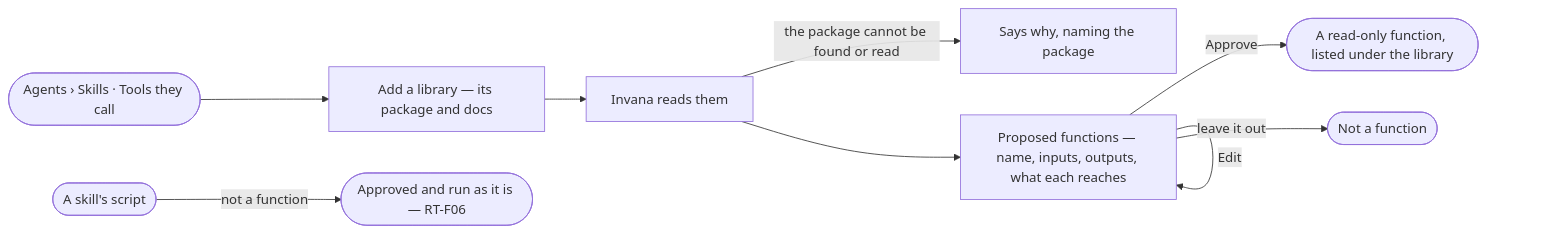
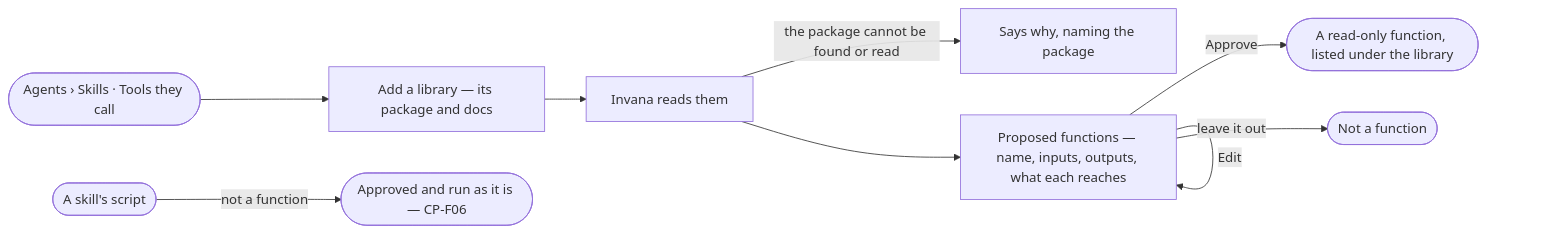
One commit to invana/invana changed the diagram in specs/capabilities/agents/features/AG-F08-portable-agents-and-skills/stories/AG-40-turn-a-library-into-functions-an-admin-approves/story.md. Above: the diagram before and after it, drawn with Mermaid. The commit also changed other lines of this file and 522 other files, not shown here.

````diff
--- a/specs/capabilities/agents/features/AG-F08-portable-agents-and-skills/stories/AG-40-turn-a-library-into-functions-an-admin-approves/story.md
+++ b/specs/capabilities/agents/features/AG-F08-portable-agents-and-skills/stories/AG-40-turn-a-library-into-functions-an-admin-approves/story.md
@@ -27,11 +27,11 @@
 ```mermaid
 flowchart LR
   a([Agents › Skills · Tools they call]) --> l["Add a library — its package and docs"]
   l --> r["Invana reads them"]
   r -->|the package cannot be found or read| rx["Says why, naming the package"]
   r --> p["Proposed functions — name, inputs, outputs, what each reaches"]
   p -->|Edit| p
   p -->|Approve| f(["A read-only function, listed under the library"])
   p -->|leave it out| o(["Not a function"])
-  s([A skill's script]) -->|not a function| sc(["Approved and run as it is — RT-F06"])
+  s([A skill's script]) -->|not a function| sc(["Approved and run as it is — CP-F06"])
 ```
````
